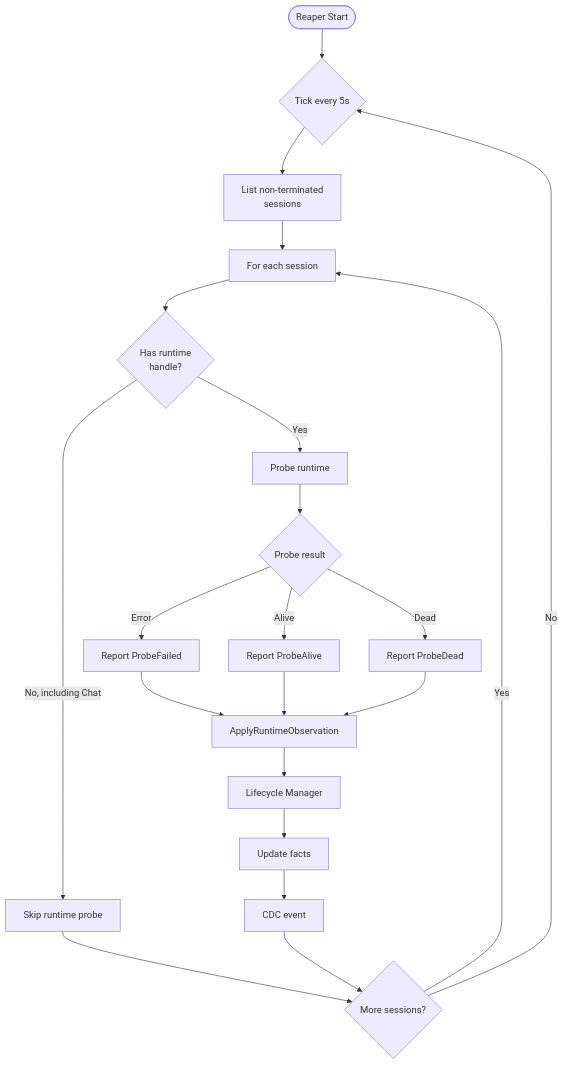
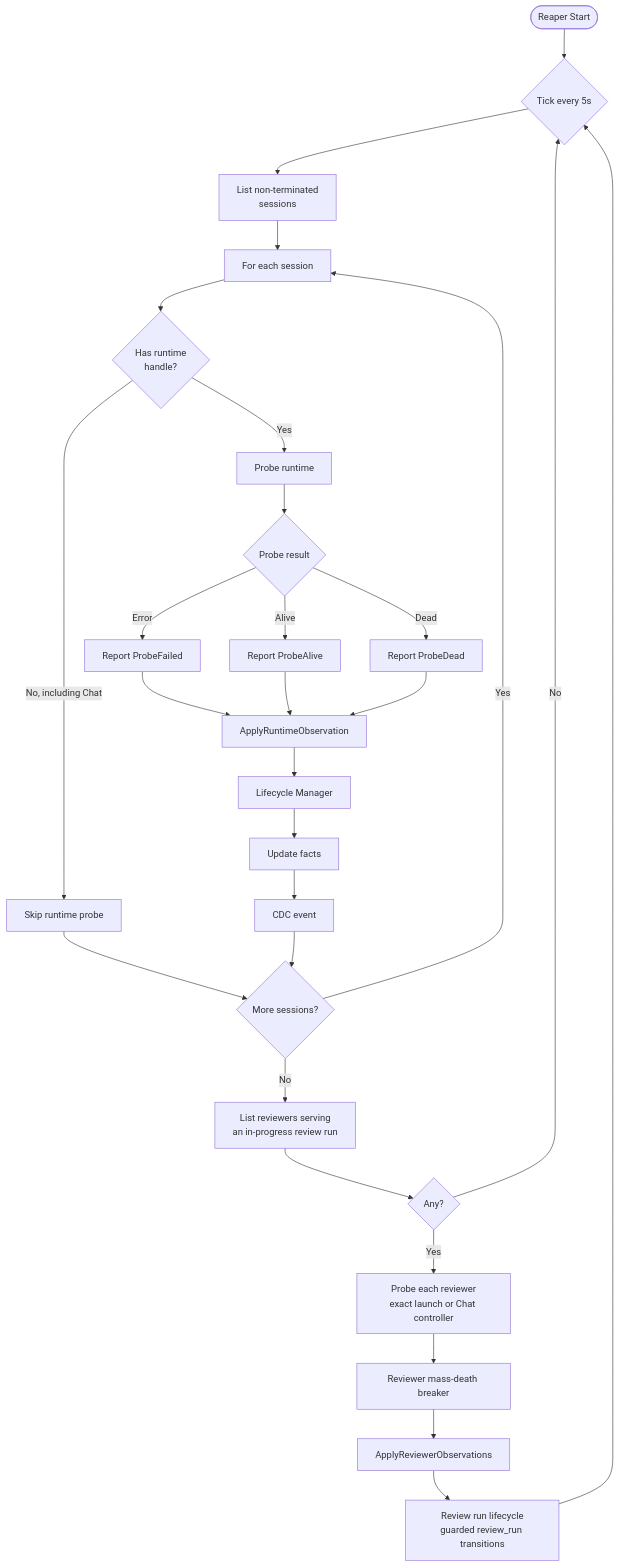
Before and after one commit to OrchestratorInc/agent-orchestrator: diagram 19 of 24 in docs/architecture.md, drawn with Mermaid. The commit also changed other lines of this file and 16 other files, not shown here.

````diff
--- a/docs/architecture.md
+++ b/docs/architecture.md
@@ -955,30 +967,38 @@
 ```mermaid
 flowchart TD
     Start([Reaper Start]) --> Loop{Tick every 5s}
 
     Loop --> List[List non-terminated<br/>sessions]
     List --> ForEach[For each session]
 
     ForEach --> GetHandle{Has runtime<br/>handle?}
     GetHandle -->|No, including Chat| Skip[Skip runtime probe]
     GetHandle -->|Yes| Probe[Probe runtime]
 
     Probe --> Result{Probe result}
     Result -->|Error| ReportFailed[Report ProbeFailed]
     Result -->|Alive| ReportAlive[Report ProbeAlive]
     Result -->|Dead| ReportDead[Report ProbeDead]
 
     ReportFailed --> Apply[ApplyRuntimeObservation]
     ReportAlive --> Apply
     ReportDead --> Apply
 
     Apply --> LCM[Lifecycle Manager]
     LCM --> Update[Update facts]
     Update --> CDC[CDC event]
 
     Skip --> NextSession{More sessions?}
     CDC --> NextSession
     NextSession -->|Yes| ForEach
-    NextSession -->|No| Loop
+    NextSession -->|No| Reviewers[List reviewers serving<br/>an in-progress review run]
+
+    Reviewers --> AnyReview{Any?}
+    AnyReview -->|No| Loop
+    AnyReview -->|Yes| ProbeReviewer[Probe each reviewer<br/>exact launch or Chat controller]
+    ProbeReviewer --> ReviewerBreaker[Reviewer mass-death breaker]
+    ReviewerBreaker --> ApplyReview[ApplyReviewerObservations]
+    ApplyReview --> RunLifecycle[Review run lifecycle<br/>guarded review_run transitions]
+    RunLifecycle --> Loop
 
 ```
````
